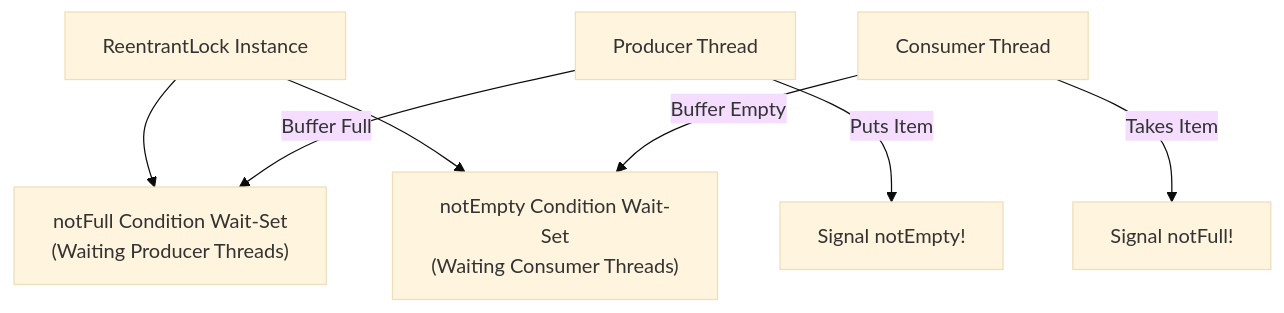
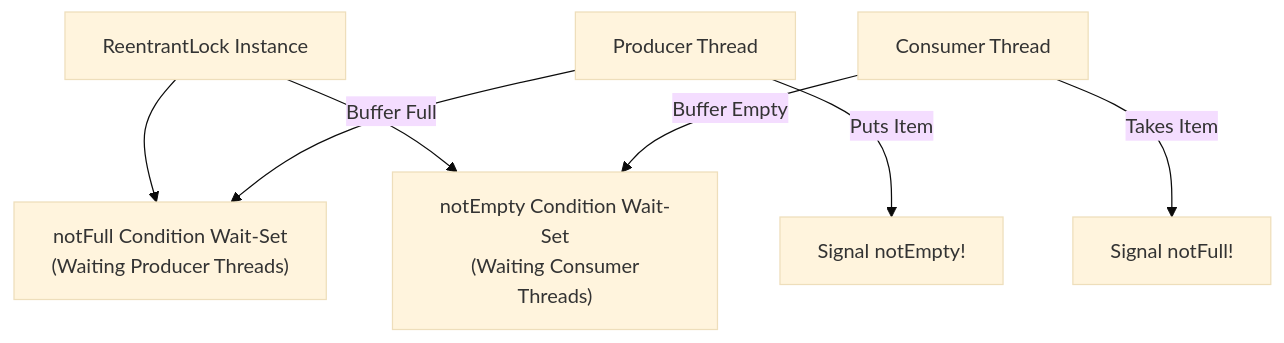
Before and after one commit to pploc/swe-icon-the-moment: the diagram in content/questions/language/java/java-concurrent-locks-condition.md, drawn with Mermaid (base theme). The commit also changed 95 other files, not shown here.

Commit message:
fix: update the practice mode diagram bug not display

````diff
--- a/content/questions/language/java/java-concurrent-locks-condition.md
+++ b/content/questions/language/java/java-concurrent-locks-condition.md
@@ -21,14 +21,15 @@
 ```mermaid
 flowchart TD
     Lock["ReentrantLock Instance"]
-    Lock --> CondFull["notFull Condition Wait-Set\n(Waiting Producer Threads)"]
-    Lock --> CondEmpty["notEmpty Condition Wait-Set\n(Waiting Consumer Threads)"]
+    Lock --> CondFull["notFull Condition Wait-Set\n (Waiting Producer Threads)"]
+    Lock --> CondEmpty["notEmpty Condition Wait-Set\n (Waiting Consumer Threads)"]
     
     Producer["Producer Thread"] -->|Buffer Full| CondFull
     Consumer["Consumer Thread"] -->|Buffer Empty| CondEmpty
     
     Producer -->|Puts Item| SignalConsumer["Signal notEmpty!"]
     Consumer -->|Takes Item| SignalProducer["Signal notFull!"]
 
 
+
 ```
````
